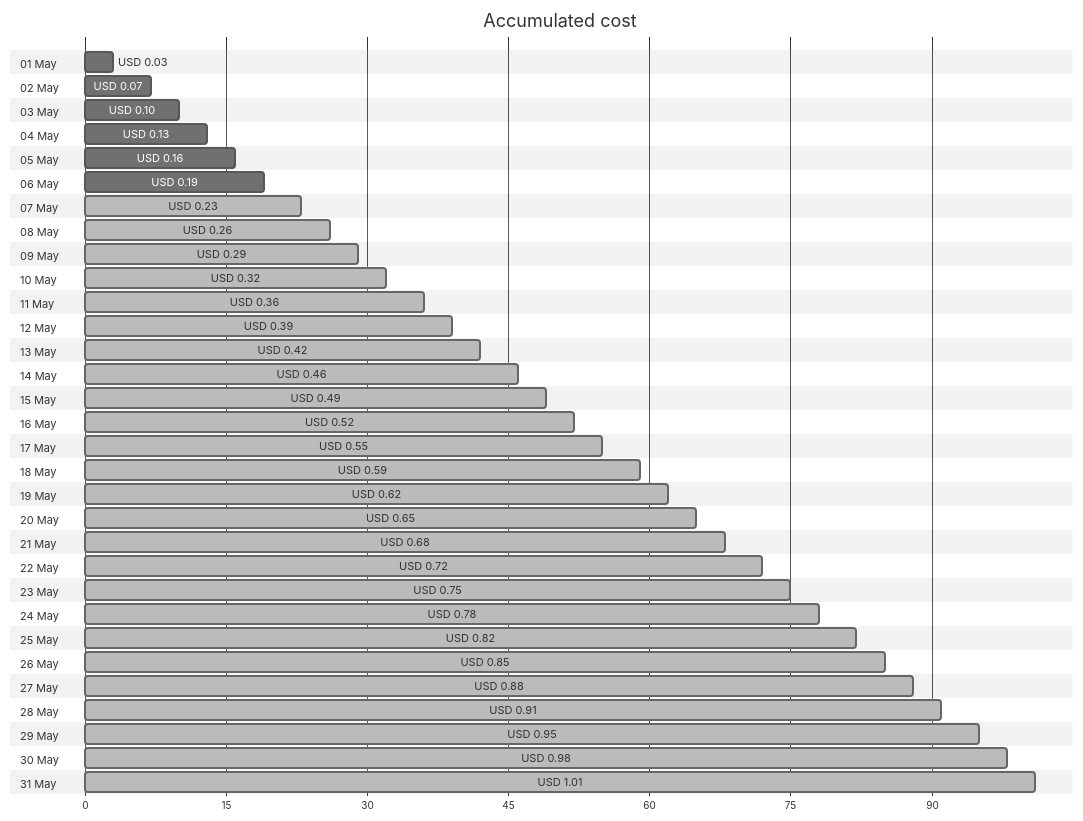
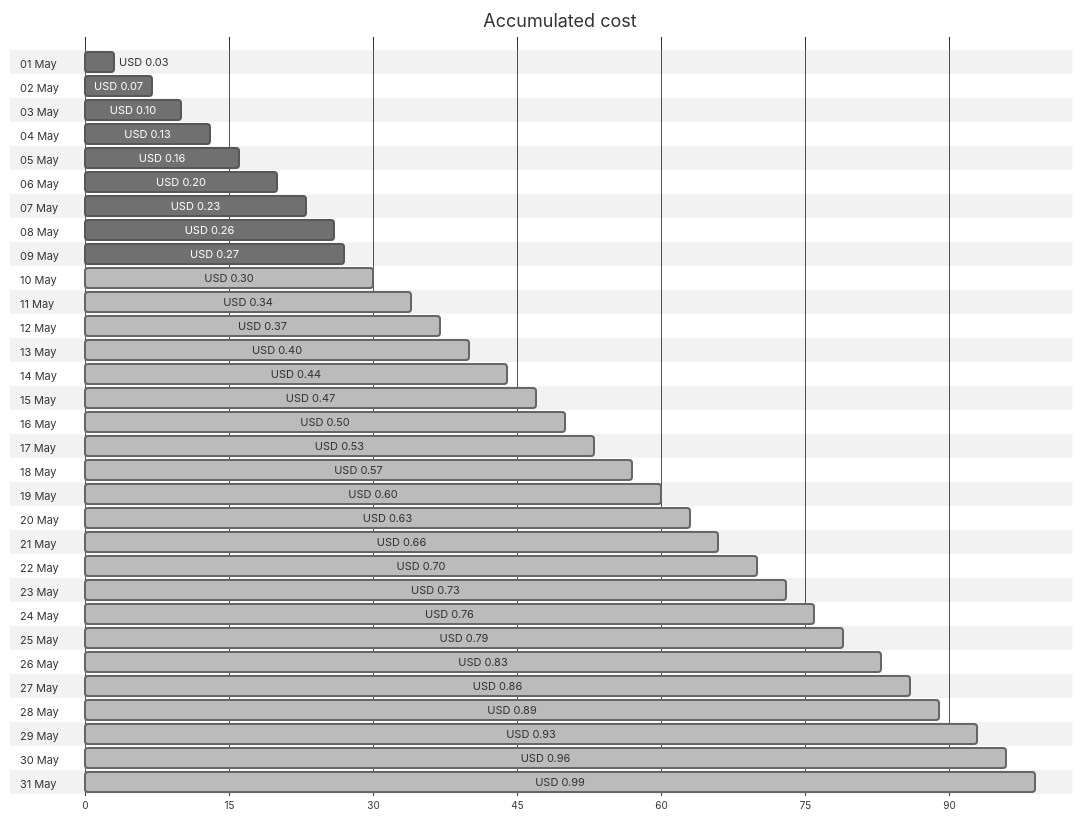
The first of 4 diagrams in cost-reports/personal-dns/README.md (jpfulton/azure-personal-reports), drawn with Mermaid (neutral theme) before and after one commit. The commit also changed other lines of this file and 2 other files, not shown here.

Commit message:
Generated reports [skip ci]

````diff
--- a/cost-reports/personal-dns/README.md
+++ b/cost-reports/personal-dns/README.md
@@ -20,68 +20,68 @@
 ```mermaid
 gantt
    title Accumulated cost
    dateFormat  X
    axisFormat %s
    section 01 May
    USD 0.03 :0, 3
    section 02 May
    USD 0.07 :0, 7
    section 03 May
    USD 0.10 :0, 10
    section 04 May
    USD 0.13 :0, 13
    section 05 May
    USD 0.16 :0, 16
    section 06 May
-   USD 0.19 :0, 19
+   USD 0.20 :0, 20
    section 07 May
-   USD 0.23 : done, 0, 23
+   USD 0.23 :0, 23
    section 08 May
-   USD 0.26 : done, 0, 26
+   USD 0.26 :0, 26
    section 09 May
-   USD 0.29 : done, 0, 29
+   USD 0.27 :0, 27
    section 10 May
-   USD 0.32 : done, 0, 32
+   USD 0.30 : done, 0, 30
    section 11 May
-   USD 0.36 : done, 0, 36
+   USD 0.34 : done, 0, 34
    section 12 May
-   USD 0.39 : done, 0, 39
+   USD 0.37 : done, 0, 37
    section 13 May
-   USD 0.42 : done, 0, 42
+   USD 0.40 : done, 0, 40
    section 14 May
-   USD 0.46 : done, 0, 46
+   USD 0.44 : done, 0, 44
    section 15 May
-   USD 0.49 : done, 0, 49
+   USD 0.47 : done, 0, 47
    section 16 May
-   USD 0.52 : done, 0, 52
+   USD 0.50 : done, 0, 50
    section 17 May
-   USD 0.55 : done, 0, 55
+   USD 0.53 : done, 0, 53
    section 18 May
-   USD 0.59 : done, 0, 59
+   USD 0.57 : done, 0, 57
    section 19 May
-   USD 0.62 : done, 0, 62
+   USD 0.60 : done, 0, 60
    section 20 May
-   USD 0.65 : done, 0, 65
+   USD 0.63 : done, 0, 63
    section 21 May
-   USD 0.68 : done, 0, 68
+   USD 0.66 : done, 0, 66
    section 22 May
-   USD 0.72 : done, 0, 72
+   USD 0.70 : done, 0, 70
    section 23 May
-   USD 0.75 : done, 0, 75
+   USD 0.73 : done, 0, 73
    section 24 May
-   USD 0.78 : done, 0, 78
+   USD 0.76 : done, 0, 76
    section 25 May
-   USD 0.82 : done, 0, 82
+   USD 0.79 : done, 0, 79
    section 26 May
-   USD 0.85 : done, 0, 85
+   USD 0.83 : done, 0, 83
    section 27 May
-   USD 0.88 : done, 0, 88
+   USD 0.86 : done, 0, 86
    section 28 May
-   USD 0.91 : done, 0, 91
+   USD 0.89 : done, 0, 89
    section 29 May
-   USD 0.95 : done, 0, 95
+   USD 0.93 : done, 0, 93
    section 30 May
-   USD 0.98 : done, 0, 98
+   USD 0.96 : done, 0, 96
    section 31 May
-   USD 1.01 : done, 0, 101
+   USD 0.99 : done, 0, 99
 ```
````
